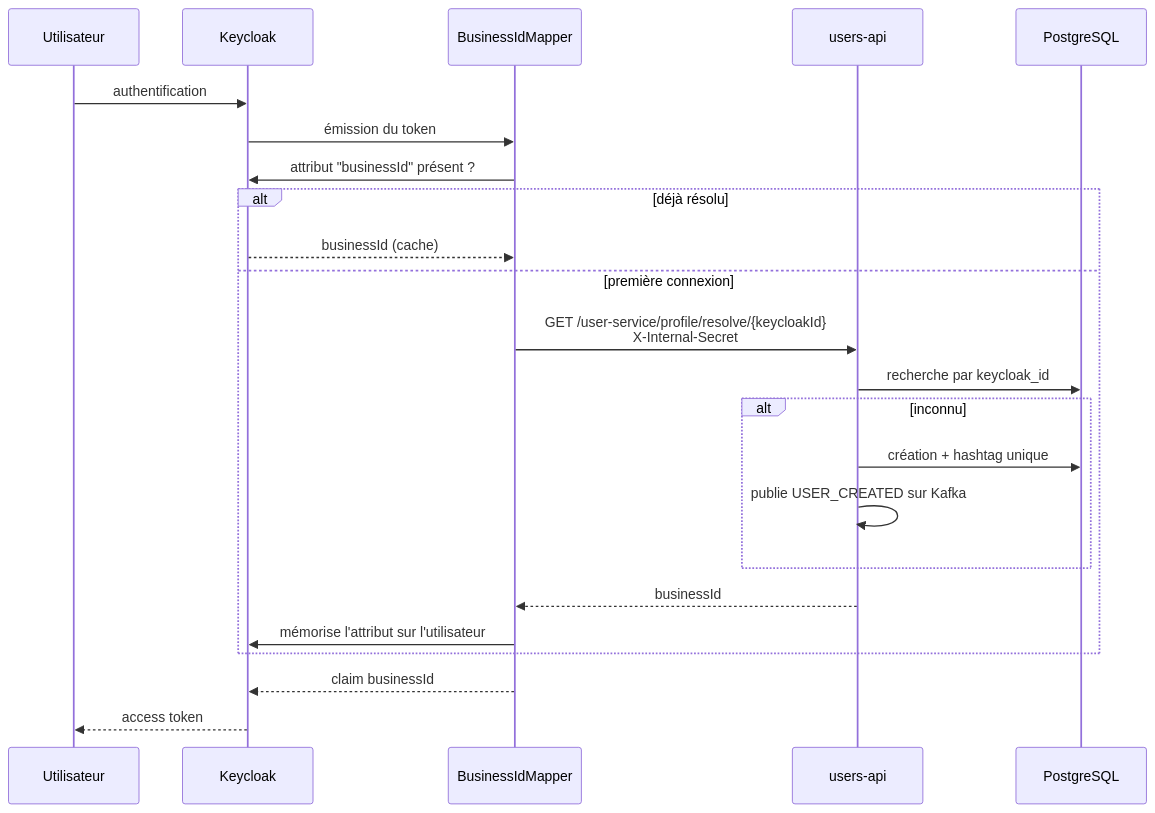
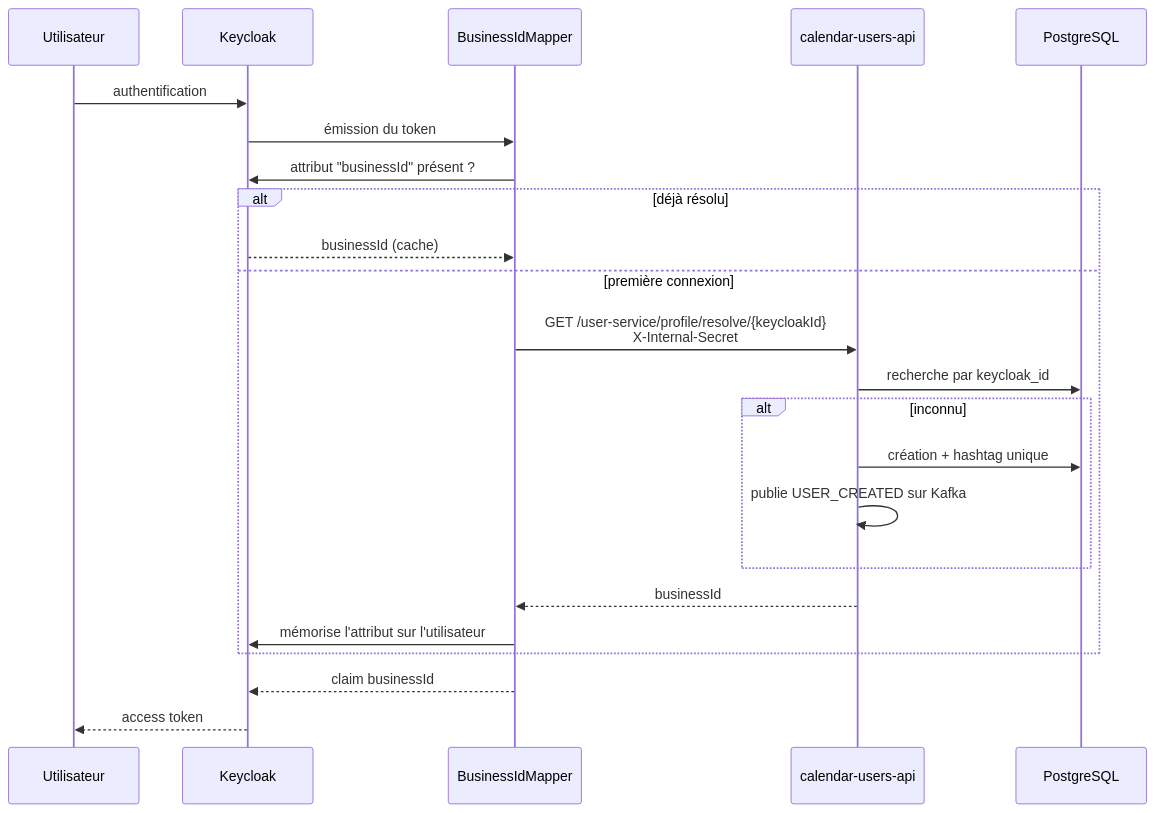
Before and after one commit to WelyLabs/wely-identity: the diagram in README.md, drawn with Mermaid. The commit also changed other lines of this file, not shown here.

````diff
--- a/README.md
+++ b/README.md
@@ -25,28 +25,28 @@
 ```mermaid
 sequenceDiagram
     participant U as Utilisateur
     participant KC as Keycloak
     participant M as BusinessIdMapper
-    participant API as users-api
+    participant API as calendar-users-api
     participant DB as PostgreSQL
 
     U->>KC: authentification
     KC->>M: émission du token
     M->>KC: attribut "businessId" présent ?
 
     alt déjà résolu
         KC-->>M: businessId (cache)
     else première connexion
         M->>API: GET /user-service/profile/resolve/{keycloakId}<br/>X-Internal-Secret
         API->>DB: recherche par keycloak_id
         alt inconnu
             API->>DB: création + hashtag unique
             API->>API: publie USER_CREATED sur Kafka
         end
         API-->>M: businessId
         M->>KC: mémorise l'attribut sur l'utilisateur
     end
 
     M-->>KC: claim businessId
     KC-->>U: access token
 ```
````
